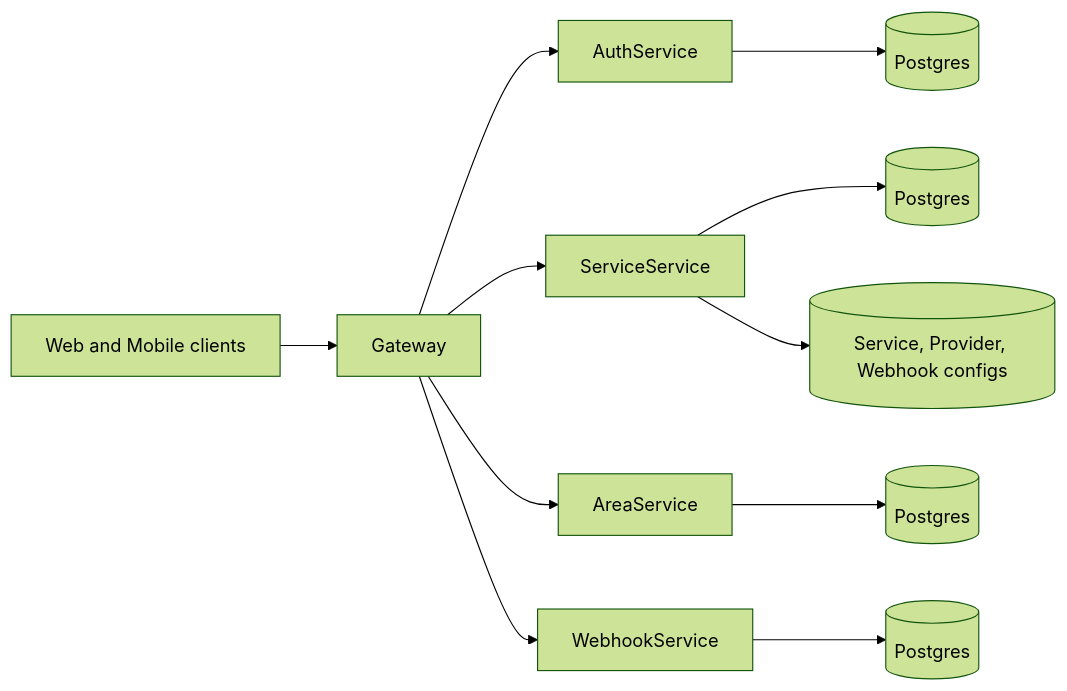
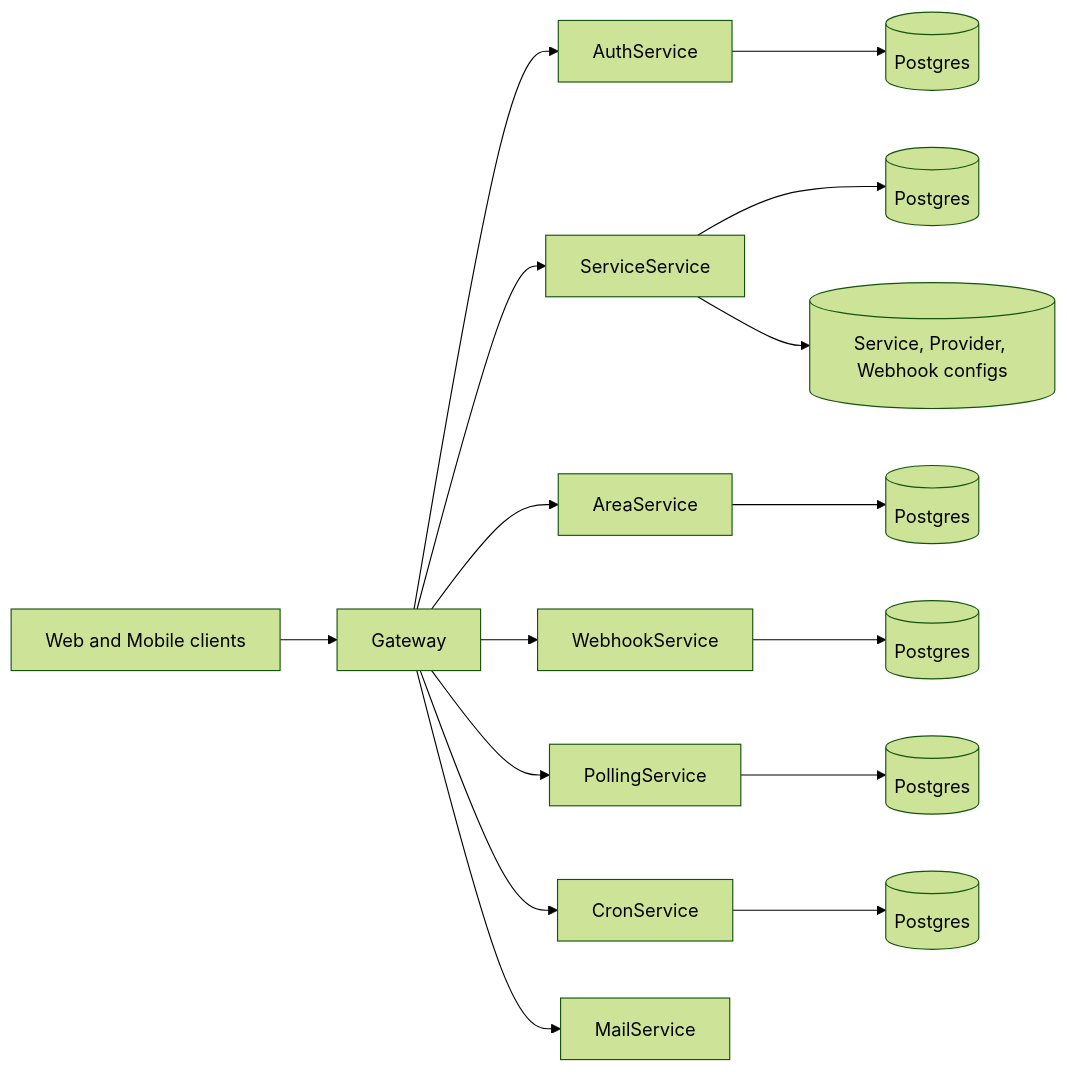
Before and after one commit to raphael-guer1n/AREA: the diagram in Backend/README.md, drawn with Mermaid (forest theme). The commit also changed other lines of this file and 16 other files, not shown here.

Commit message:
feat (documentation) add diagrams and readme for news services & update other documentation

````diff
--- a/Backend/README.md
+++ b/Backend/README.md
@@ -6,13 +6,18 @@
 ```mermaid
 flowchart LR
   Client[Web and Mobile clients] --> Gateway
   Gateway --> Auth[AuthService]
   Gateway --> Services[ServiceService]
   Gateway --> Area[AreaService]
   Gateway --> Webhooks[WebhookService]
+  Gateway --> Polling[PollingService]
+  Gateway --> Cron[CronService]
+  Gateway --> Mail[MailService]
   Auth --> AuthDB[(Postgres)]
   Services --> ServicesDB[(Postgres)]
   Area --> AreaDB[(Postgres)]
   Webhooks --> WebhooksDB[(Postgres)]
+  Polling --> PollingDB[(Postgres)]
+  Cron --> CronDB[(Postgres)]
   Services --> Configs[(Service, Provider, Webhook configs)]
 ```
````
